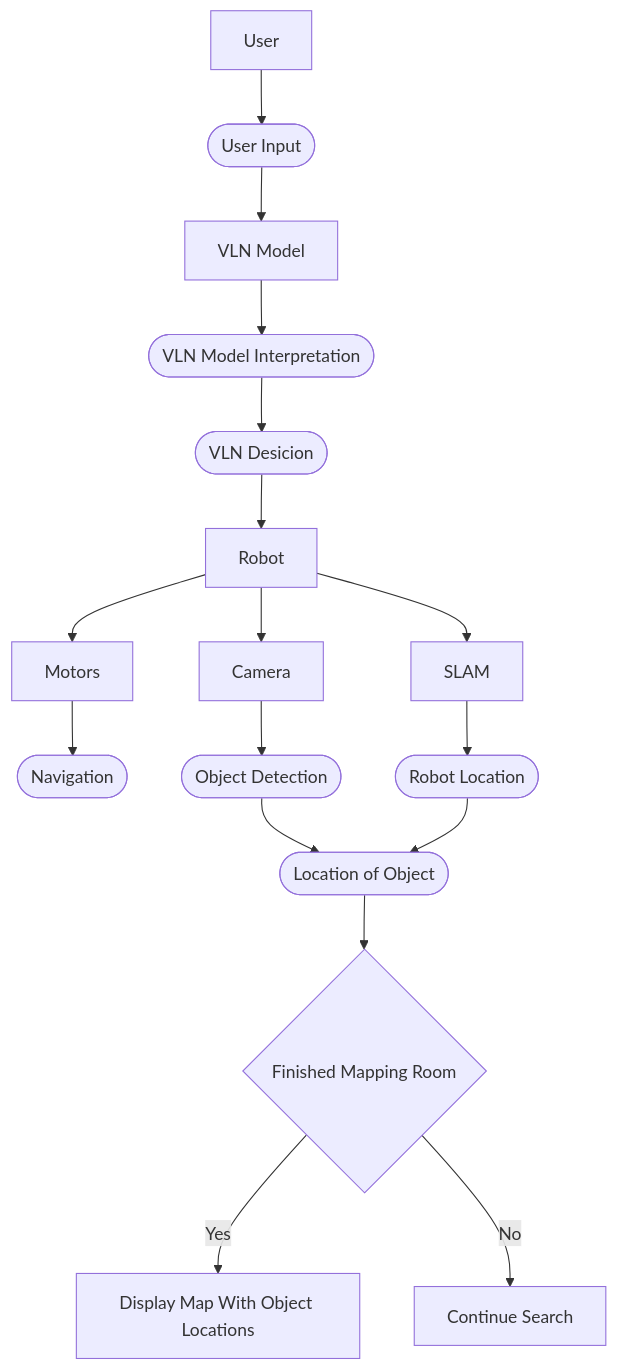
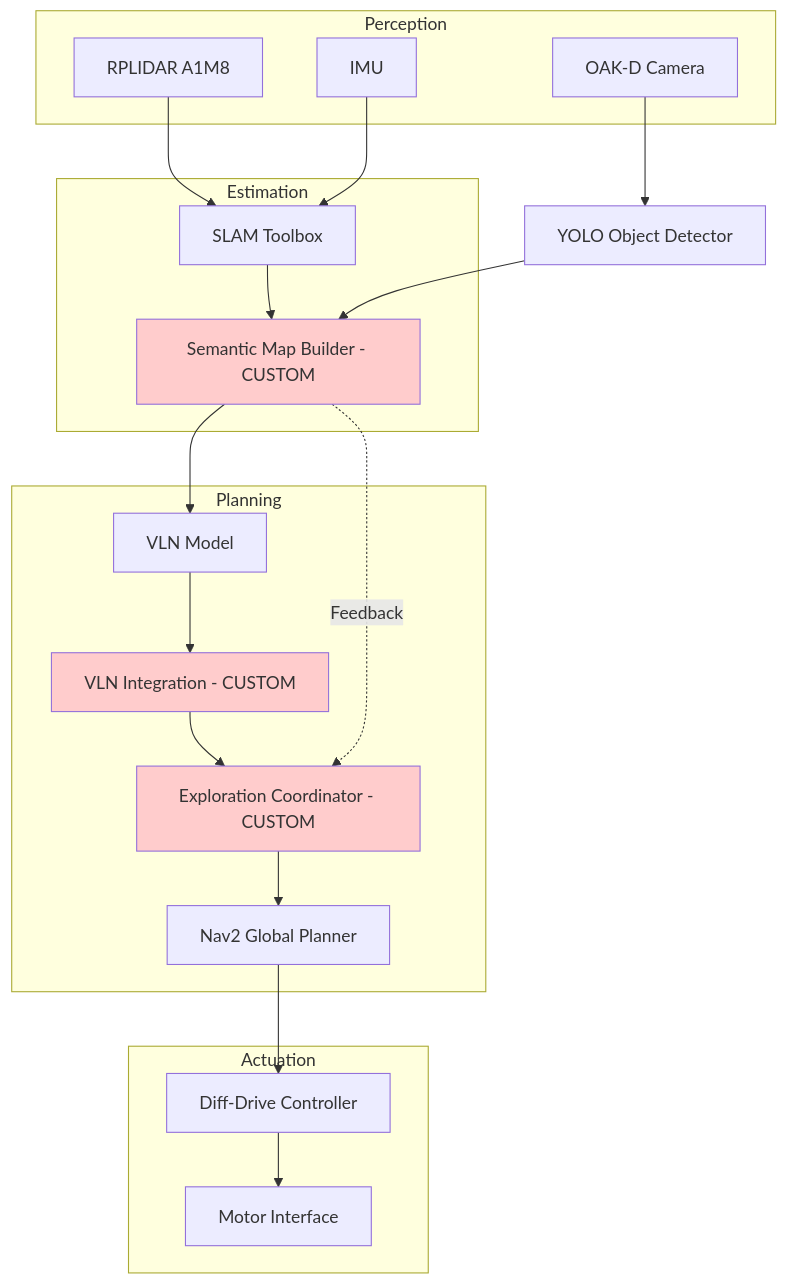
The diagram in project/report1.md (AkshayaJeyaprakash/Project_ATOM_RAS598), drawn with Mermaid before and after one commit. The commit also changed other lines of this file, not shown here.

Commit message:
Updating the Milestone-1 report sections: Technical specifications, High-Level System Architecture, Git Infrastructure

````diff
--- a/project/report1.md
+++ b/project/report1.md
@@ -74,20 +76,46 @@
 ```mermaid
-flowchart TD;
-    A["User"];
-    A --> B(["User Input"]);
-    B --> C["VLN Model"]
-    C --> D(["VLN Model Interpretation"]);
-    D --> E(["VLN Desicion"]);
-    E --> F["Robot"];
-    F --> G["Motors"];
-    G --> H(["Navigation"]);
-    F --> I["Camera"];
-    F --> J["SLAM"];
-    J --> M(["Robot Location"]);
-    I --> K(["Object Detection"]);
-    K --> Q(["Location of Object"]);
-    M --> Q;
-    Q --> N{"Finished Mapping Room"};
-    N -->|Yes| O["Display Map With Object Locations"]
-    N -->|No| P["Continue Search"]
+graph TB
+    subgraph Perception
+        A[RPLIDAR A1M8]
+        B[OAK-D Camera]
+        C[IMU]
+    end
+    
+    subgraph Estimation
+        D[SLAM Toolbox]
+        E[Semantic Map Builder - CUSTOM]
+    end
+    
+    subgraph Planning
+        F[VLN Model]
+        G[VLN Integration - CUSTOM]
+        H[Exploration Coordinator - CUSTOM]
+        I[Nav2 Global Planner]
+    end
+    
+    subgraph Actuation
+        J[Diff-Drive Controller]
+        K[Motor Interface]
+    end
+    
+    A --> D
+    B --> L[YOLO Object Detector]
+    C --> D
+    
+    D --> E
+    L --> E
+    
+    E --> F
+    F --> G
+    G --> H
+    H --> I
+    
+    I --> J
+    J --> K
+    
+    E -.Feedback.-> H
+    
+    style E fill:#ffcccc
+    style G fill:#ffcccc
+    style H fill:#ffcccc
 ```
````
